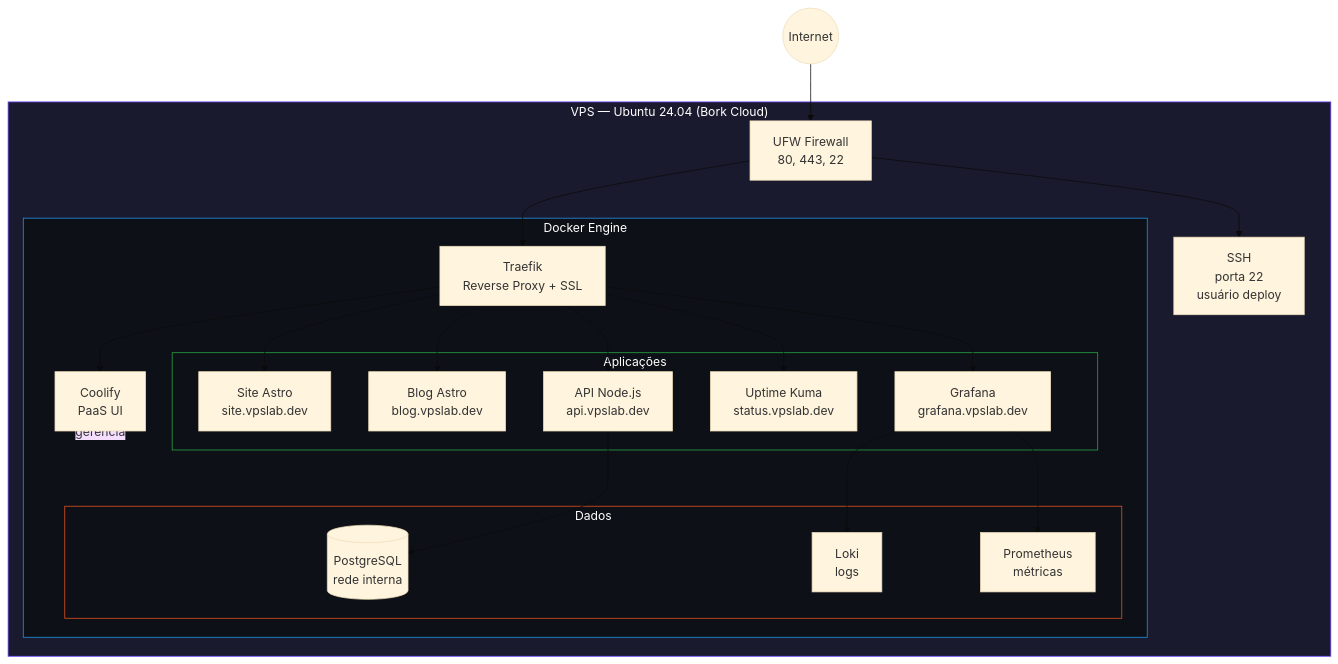
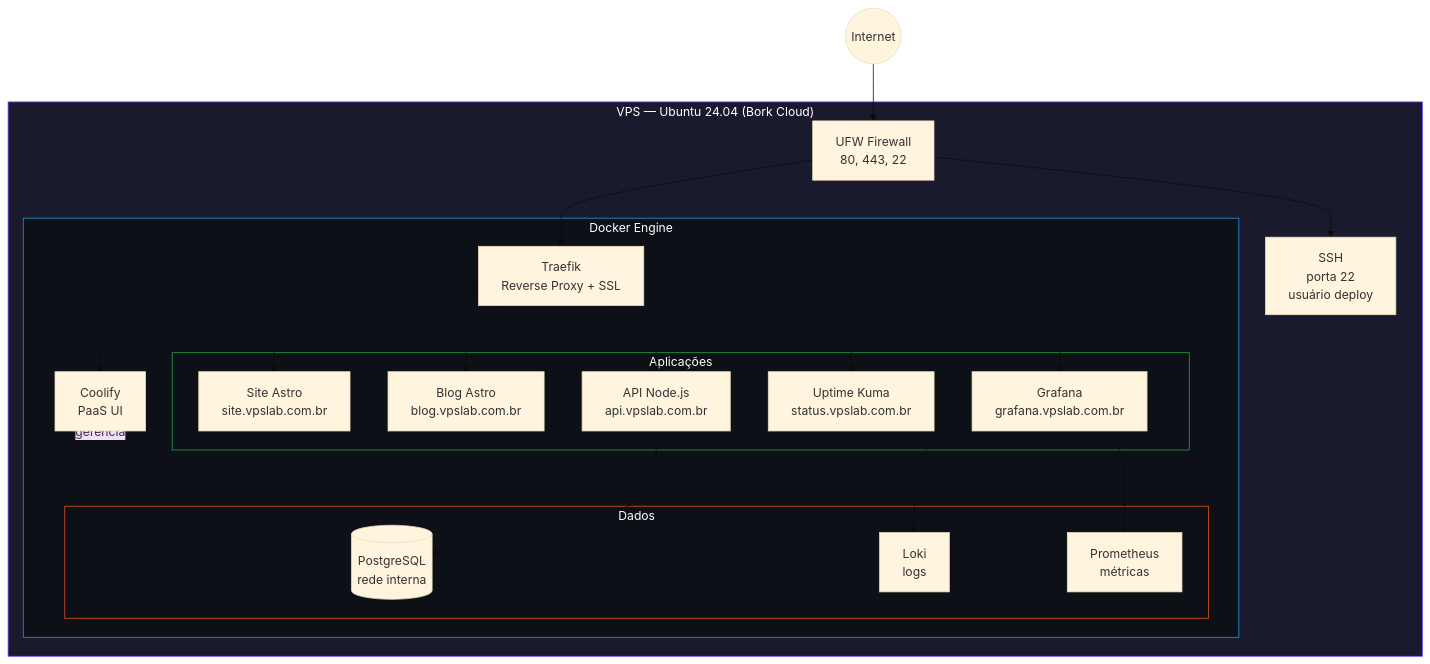
One commit to felipebossolani/vps-lab changed the diagram in 02-coolify/architecture.md. Above: the diagram before and after it, drawn with Mermaid (base theme). The commit also changed 9 other files, not shown here.

Commit message:
refactor: replace vpslab.dev with vpslab.com.br (domain purchased)

````diff
--- a/02-coolify/architecture.md
+++ b/02-coolify/architecture.md
@@ -5,51 +5,51 @@
 ```mermaid
 graph TB
     Internet((Internet))
 
     subgraph VPS["VPS — Ubuntu 24.04 (Bork Cloud)"]
         UFW[UFW Firewall<br/>80, 443, 22]
         
         subgraph Docker["Docker Engine"]
             Traefik[Traefik<br/>Reverse Proxy + SSL]
             Coolify[Coolify<br/>PaaS UI]
             
             subgraph Apps["Aplicações"]
-                Astro[Site Astro<br/>site.vpslab.dev]
-                Blog[Blog Astro<br/>blog.vpslab.dev]
-                API[API Node.js<br/>api.vpslab.dev]
-                Uptime[Uptime Kuma<br/>status.vpslab.dev]
-                Grafana[Grafana<br/>grafana.vpslab.dev]
+                Astro[Site Astro<br/>site.vpslab.com.br]
+                Blog[Blog Astro<br/>blog.vpslab.com.br]
+                API[API Node.js<br/>api.vpslab.com.br]
+                Uptime[Uptime Kuma<br/>status.vpslab.com.br]
+                Grafana[Grafana<br/>grafana.vpslab.com.br]
             end
             
             subgraph Data["Dados"]
                 PG[(PostgreSQL<br/>rede interna)]
                 Loki[Loki<br/>logs]
                 Prometheus[Prometheus<br/>métricas]
             end
         end
         
         SSH[SSH<br/>porta 22<br/>usuário deploy]
     end
 
     Internet --> UFW
     UFW --> Traefik
     UFW --> SSH
     
     Traefik --> Coolify
     Traefik --> Astro
     Traefik --> Blog
     Traefik --> API
     Traefik --> Uptime
     Traefik --> Grafana
     
     API --> PG
     Grafana --> Loki
     Grafana --> Prometheus
     
     Coolify -.->|gerencia| Docker
 
     style VPS fill:#1a1a2e,stroke:#6C47FF,color:#fff
     style Docker fill:#0d1117,stroke:#2496ED,color:#fff
     style Apps fill:#0d1117,stroke:#28a745,color:#fff
     style Data fill:#0d1117,stroke:#E95420,color:#fff
 ```
````
